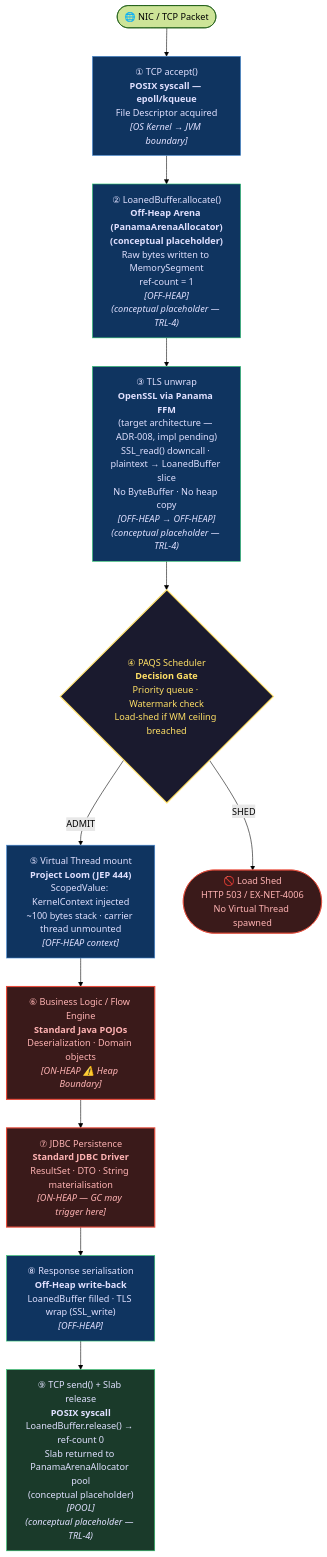
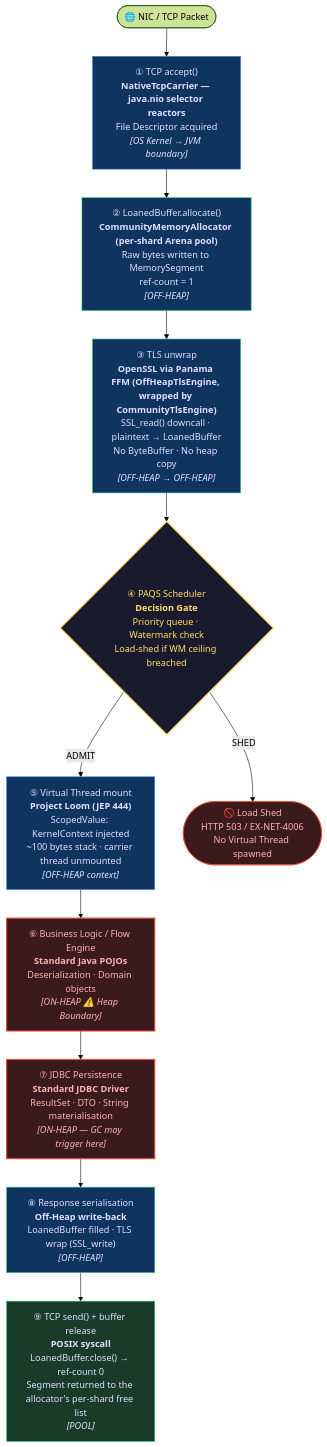
The diagram in docs/modules/03-community.md (exeris-systems/exeris-kernel), drawn with Mermaid (forest theme) before and after one commit. The commit also changed other lines of this file and 22 other files, not shown here.

````diff
--- a/docs/modules/03-community.md
+++ b/docs/modules/03-community.md
@@ -37,37 +42,37 @@
 ```mermaid
 flowchart TD
     NIC(["🌐 NIC / TCP Packet"])
 
-    A["① TCP accept()\n<b>POSIX syscall — epoll/kqueue</b>\nFile Descriptor acquired\n<i>[OS Kernel → JVM boundary]</i>"]
+    A["① TCP accept()\n<b>NativeTcpCarrier — java.nio selector reactors</b>\nFile Descriptor acquired\n<i>[OS Kernel → JVM boundary]</i>"]
 
-    B["② LoanedBuffer.allocate()\n<b>Off-Heap Arena (PanamaArenaAllocator)\n(conceptual placeholder)</b>\nRaw bytes written to MemorySegment\nref-count = 1\n<i>[OFF-HEAP]</i>\n<i>(conceptual placeholder — TRL-4)</i>"]
+    B["② LoanedBuffer.allocate()\n<b>CommunityMemoryAllocator (per-shard Arena pool)</b>\nRaw bytes written to MemorySegment\nref-count = 1\n<i>[OFF-HEAP]</i>"]
 
-    C["③ TLS unwrap\n<b>OpenSSL via Panama FFM</b>\n(target architecture — ADR-008, impl pending)\nSSL_read() downcall · plaintext → LoanedBuffer slice\nNo ByteBuffer · No heap copy\n<i>[OFF-HEAP → OFF-HEAP]</i>\n<i>(conceptual placeholder — TRL-4)</i>"]
+    C["③ TLS unwrap\n<b>OpenSSL via Panama FFM (OffHeapTlsEngine, wrapped by CommunityTlsEngine)</b>\nSSL_read() downcall · plaintext → LoanedBuffer\nNo ByteBuffer · No heap copy\n<i>[OFF-HEAP → OFF-HEAP]</i>"]
 
     D{"④ PAQS Scheduler\n<b>Decision Gate</b>\nPriority queue · Watermark check\nLoad-shed if WM ceiling breached"}
 
     E["⑤ Virtual Thread mount\n<b>Project Loom (JEP 444)</b>\nScopedValue: KernelContext injected\n~100 bytes stack · carrier thread unmounted\n<i>[OFF-HEAP context]</i>"]
 
     F["⑥ Business Logic / Flow Engine\n<b>Standard Java POJOs</b>\nDeserialization · Domain objects\n<i>[ON-HEAP ⚠️ Heap Boundary]</i>"]
 
     G["⑦ JDBC Persistence\n<b>Standard JDBC Driver</b>\nResultSet · DTO · String materialisation\n<i>[ON-HEAP — GC may trigger here]</i>"]
 
     H["⑧ Response serialisation\n<b>Off-Heap write-back</b>\nLoanedBuffer filled · TLS wrap (SSL_write)\n<i>[OFF-HEAP]</i>"]
 
-    I["⑨ TCP send() + Slab release\n<b>POSIX syscall</b>\nLoanedBuffer.release() → ref-count 0\nSlab returned to PanamaArenaAllocator pool\n(conceptual placeholder)\n<i>[POOL]</i>\n<i>(conceptual placeholder — TRL-4)</i>"]
+    I["⑨ TCP send() + buffer release\n<b>POSIX syscall</b>\nLoanedBuffer.close() → ref-count 0\nSegment returned to the allocator's per-shard free list\n<i>[POOL]</i>"]
 
     NIC --> A --> B --> C --> D
     D -->|"ADMIT"| E --> F --> G --> H --> I
     D -->|"SHED"| SHED(["🚫 Load Shed\nHTTP 503 / EX-NET-4006\nNo Virtual Thread spawned"])
 
     style A fill:#0f3460,color:#e0e0ff,stroke:#4a90d9
     style B fill:#0f3460,color:#e0e0ff,stroke:#2ecc71
     style C fill:#0f3460,color:#e0e0ff,stroke:#2ecc71
     style D fill:#1a1a2e,color:#ffe066,stroke:#ffe066,stroke-width:2px
     style E fill:#0f3460,color:#e0e0ff,stroke:#4a90d9
     style F fill:#3a1a1a,color:#ffb3b3,stroke:#e74c3c,stroke-width:2px
     style G fill:#3a1a1a,color:#ffb3b3,stroke:#e74c3c,stroke-width:2px
     style H fill:#0f3460,color:#e0e0ff,stroke:#2ecc71
     style I fill:#1a3a2a,color:#e0e0ff,stroke:#2ecc71
     style SHED fill:#3a1a1a,color:#ffb3b3,stroke:#e74c3c
 ```
````
